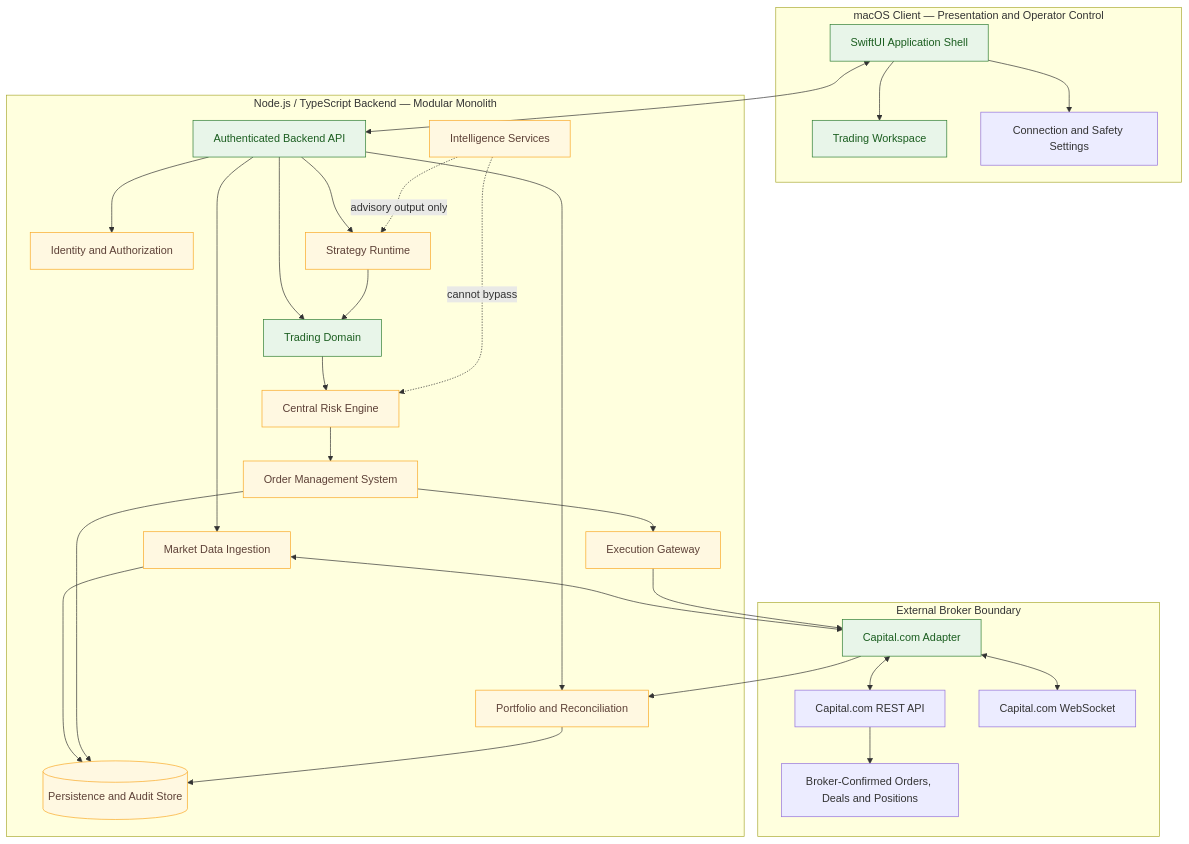
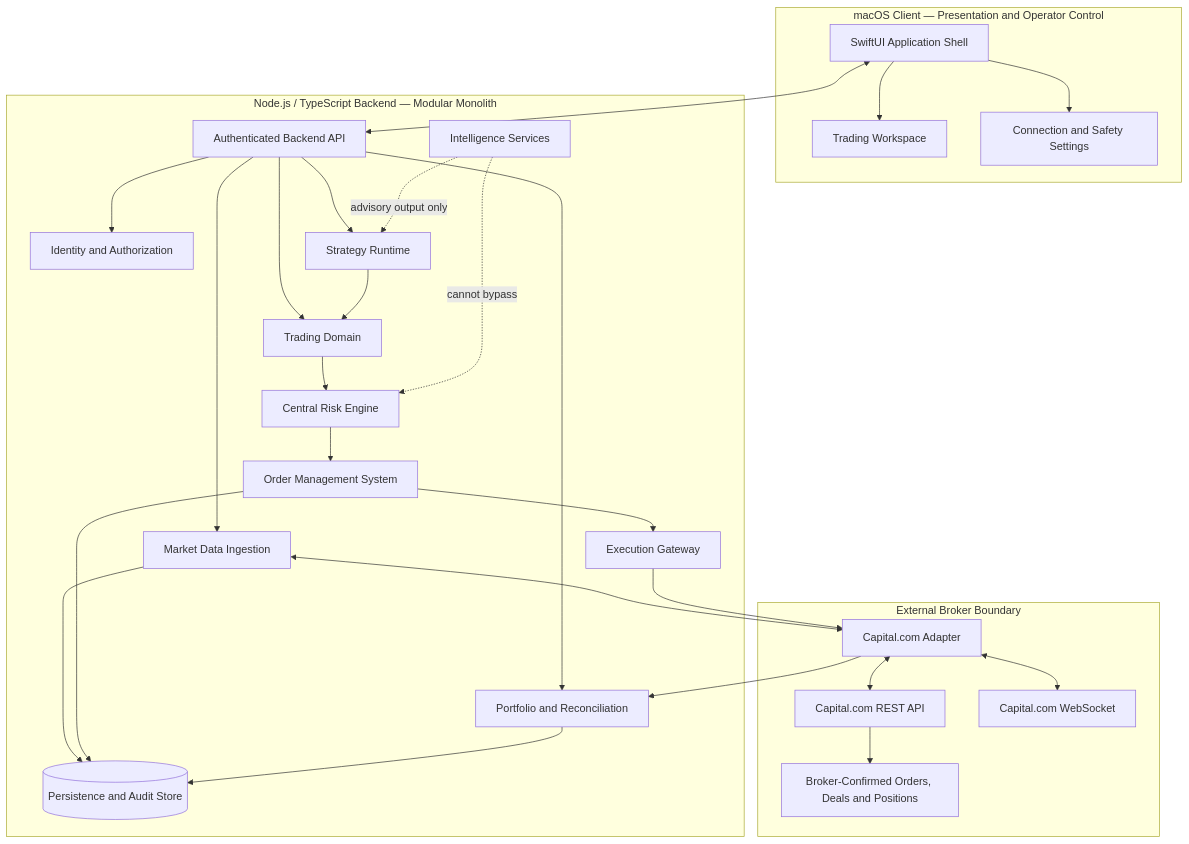
Before and after one commit to atheertrading/AtheerAutotrade: the first of 10 diagrams in docs/architecture/diagrams/README.md, drawn with Mermaid.

Commit message:
docs(architecture): avoid implying target modules are implemented

````diff
--- a/docs/architecture/diagrams/README.md
+++ b/docs/architecture/diagrams/README.md
@@ -45,59 +45,55 @@
 ```mermaid
 flowchart TB
     subgraph CLIENT["macOS Client — Presentation and Operator Control"]
         UI["SwiftUI Application Shell"]
         WORKSPACE["Trading Workspace"]
         SETTINGS["Connection and Safety Settings"]
         UI --> WORKSPACE
         UI --> SETTINGS
     end
 
     subgraph BACKEND["Node.js / TypeScript Backend — Modular Monolith"]
         API["Authenticated Backend API"]
         AUTH["Identity and Authorization"]
         DOMAIN["Trading Domain"]
         MARKET["Market Data Ingestion"]
         STRATEGY["Strategy Runtime"]
         RISK["Central Risk Engine"]
         OMS["Order Management System"]
         GATEWAY["Execution Gateway"]
         PORTFOLIO["Portfolio and Reconciliation"]
         INTEL["Intelligence Services"]
         STORE[("Persistence and Audit Store")]
 
         API --> AUTH
         API --> DOMAIN
         API --> MARKET
         API --> STRATEGY
         API --> PORTFOLIO
         STRATEGY --> DOMAIN
         DOMAIN --> RISK
         RISK --> OMS
         OMS --> GATEWAY
         MARKET --> STORE
         OMS --> STORE
         PORTFOLIO --> STORE
         INTEL -. "advisory output only" .-> STRATEGY
         INTEL -. "cannot bypass" .-> RISK
     end
 
     subgraph BROKER["External Broker Boundary"]
         ADAPTER["Capital.com Adapter"]
         REST["Capital.com REST API"]
         WS["Capital.com WebSocket"]
         BROKER_STATE["Broker-Confirmed Orders, Deals and Positions"]
         ADAPTER <--> REST
         ADAPTER <--> WS
         REST --> BROKER_STATE
     end
 
     UI <--> API
     MARKET <--> ADAPTER
     GATEWAY --> ADAPTER
     ADAPTER --> PORTFOLIO
 
-    classDef implemented fill:#e8f5e9,stroke:#2e7d32,color:#1b5e20
-    classDef planned fill:#fff8e1,stroke:#f9a825,color:#5d4037
-    class UI,WORKSPACE,API,DOMAIN,ADAPTER implemented
-    class AUTH,MARKET,STRATEGY,RISK,OMS,GATEWAY,PORTFOLIO,INTEL,STORE planned
 ```
````
